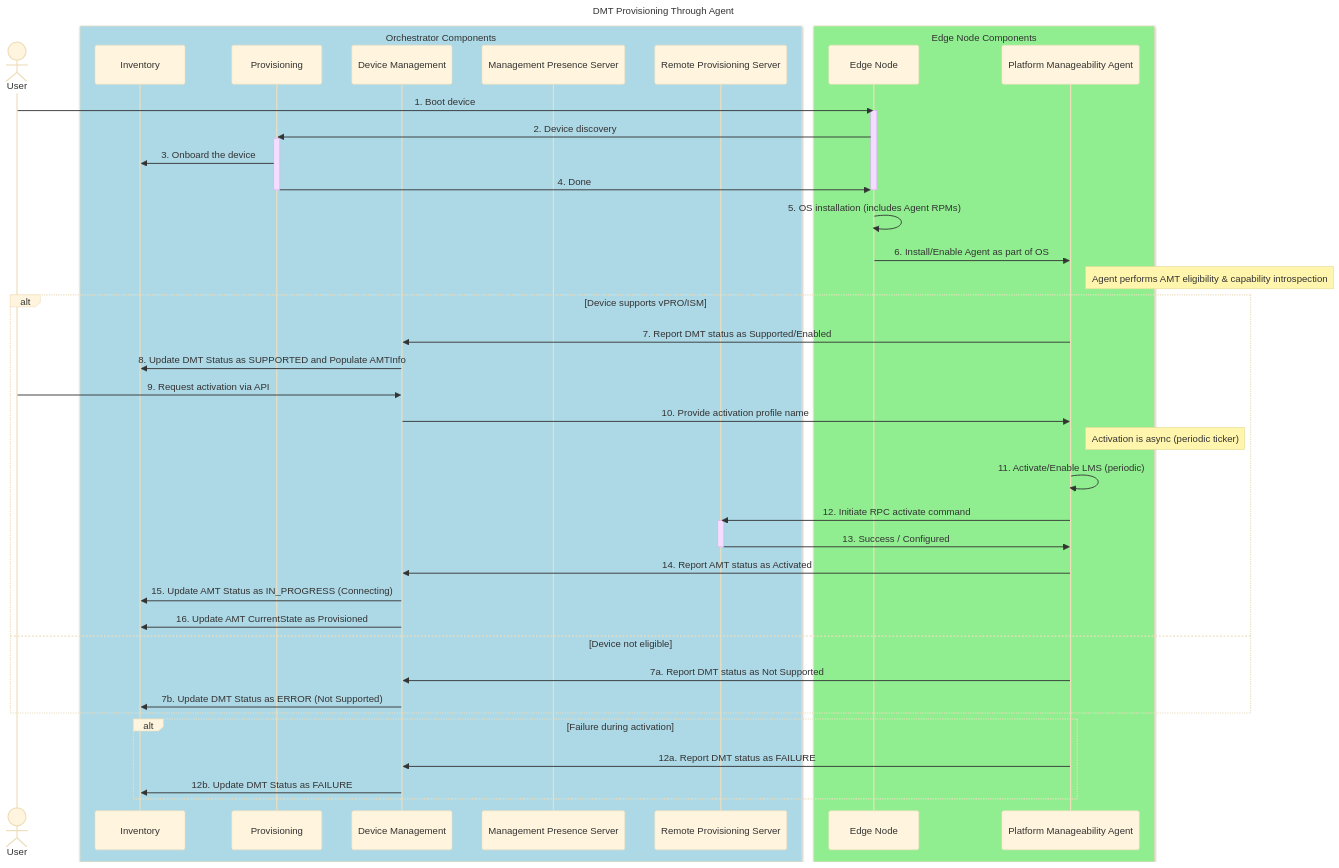
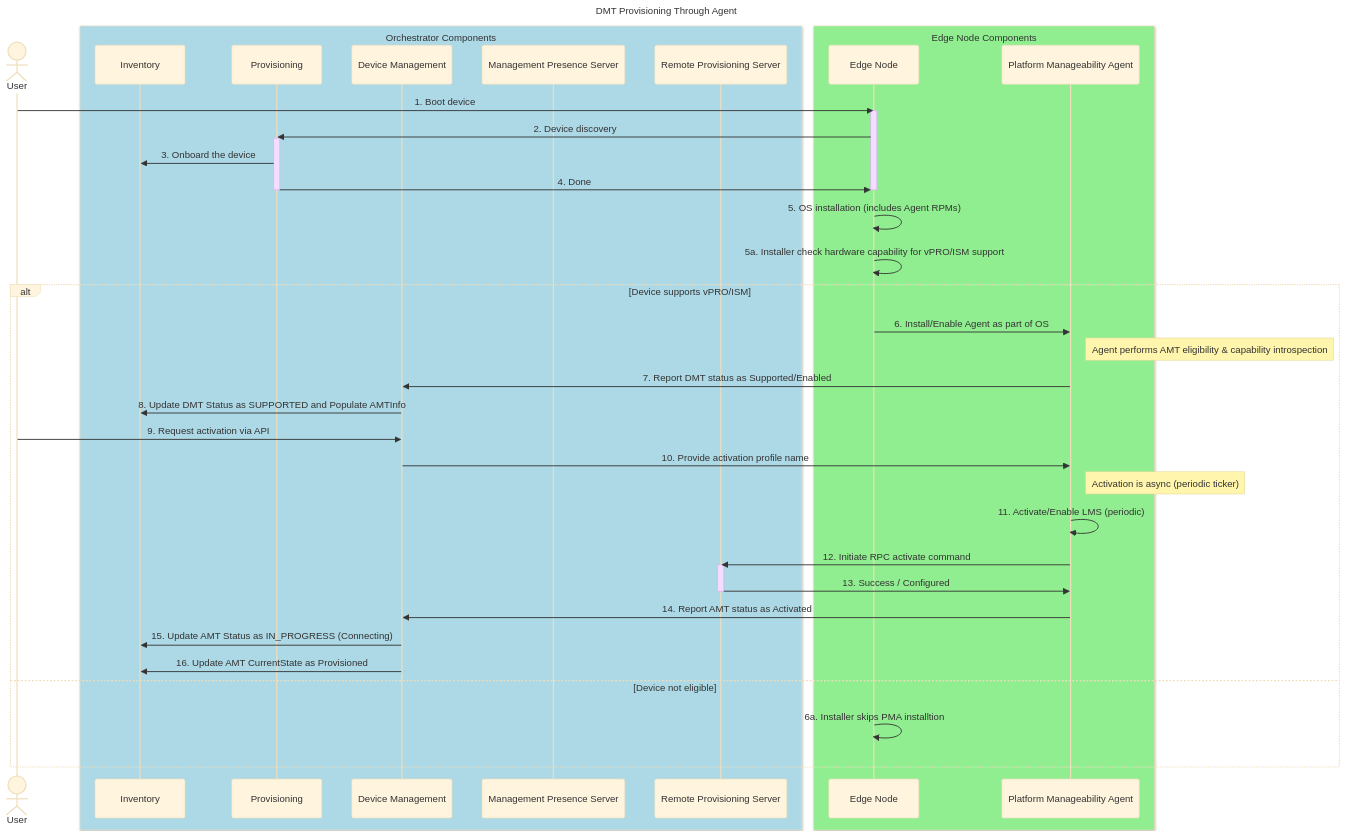
Before and after one commit to open-edge-platform/edge-manageability-framework: the diagram in design-proposals/vpro-device.md, drawn with Mermaid (base theme).

Commit message:
Hardware capability check for vpro/ISM in installer

````diff
--- a/design-proposals/vpro-device.md
+++ b/design-proposals/vpro-device.md
@@ -59,62 +59,59 @@
 ```mermaid
 sequenceDiagram
     title DMT Provisioning Through Agent
 
     actor us as User
 
     box rgb(173, 216, 230) Orchestrator Components
         participant inv as Inventory
         participant ps as Provisioning
         participant dm as Device Management
         participant mps as Management Presence Server
         participant rps as Remote Provisioning Server
     end
 
     box rgb(144, 238, 144) Edge Node Components
         participant en as Edge Node
         participant agent as Platform Manageability Agent
     end
 
     us ->> en: 1. Boot device
     activate en
     en ->> ps: 2. Device discovery
     activate ps
     ps ->> inv: 3. Onboard the device
     ps ->> en: 4. Done
     deactivate ps
     deactivate en
 
     en ->> en: 5. OS installation (includes Agent RPMs)
-    en ->> agent: 6. Install/Enable Agent as part of OS
+    
+    en ->> en: 5a. Installer check hardware capability for vPRO/ISM support
+    
+    alt Device supports vPRO/ISM
+        en ->> agent: 6. Install/Enable Agent as part of OS
 
-    Note right of agent: Agent performs AMT eligibility & capability introspection
+        Note right of agent: Agent performs AMT eligibility & capability introspection
 
-    alt Device supports vPRO/ISM
         agent ->> dm: 7. Report DMT status as Supported/Enabled
         dm ->> inv: 8. Update DMT Status as SUPPORTED and Populate AMTInfo
 
         us ->> dm: 9. Request activation via API
         dm ->> agent: 10. Provide activation profile name
 
         Note right of agent: Activation is async (periodic ticker)
 
         agent ->> agent: 11. Activate/Enable LMS (periodic)
         agent ->> rps: 12. Initiate RPC activate command
         activate rps
         rps ->> agent: 13. Success / Configured
         deactivate rps
 
         agent ->> dm: 14. Report AMT status as Activated
         dm ->> inv: 15. Update AMT Status as IN_PROGRESS (Connecting)
         dm ->> inv: 16. Update AMT CurrentState as Provisioned
 
     else Device not eligible
-        agent ->> dm: 7a. Report DMT status as Not Supported
-        dm ->> inv: 7b. Update DMT Status as ERROR (Not Supported)
-    end
-
-    alt Failure during activation
-        agent ->> dm: 12a. Report DMT status as FAILURE
-        dm ->> inv: 12b. Update DMT Status as FAILURE
+        en ->> en: 6a. Installer skips PMA installtion
     end
 ```
````
